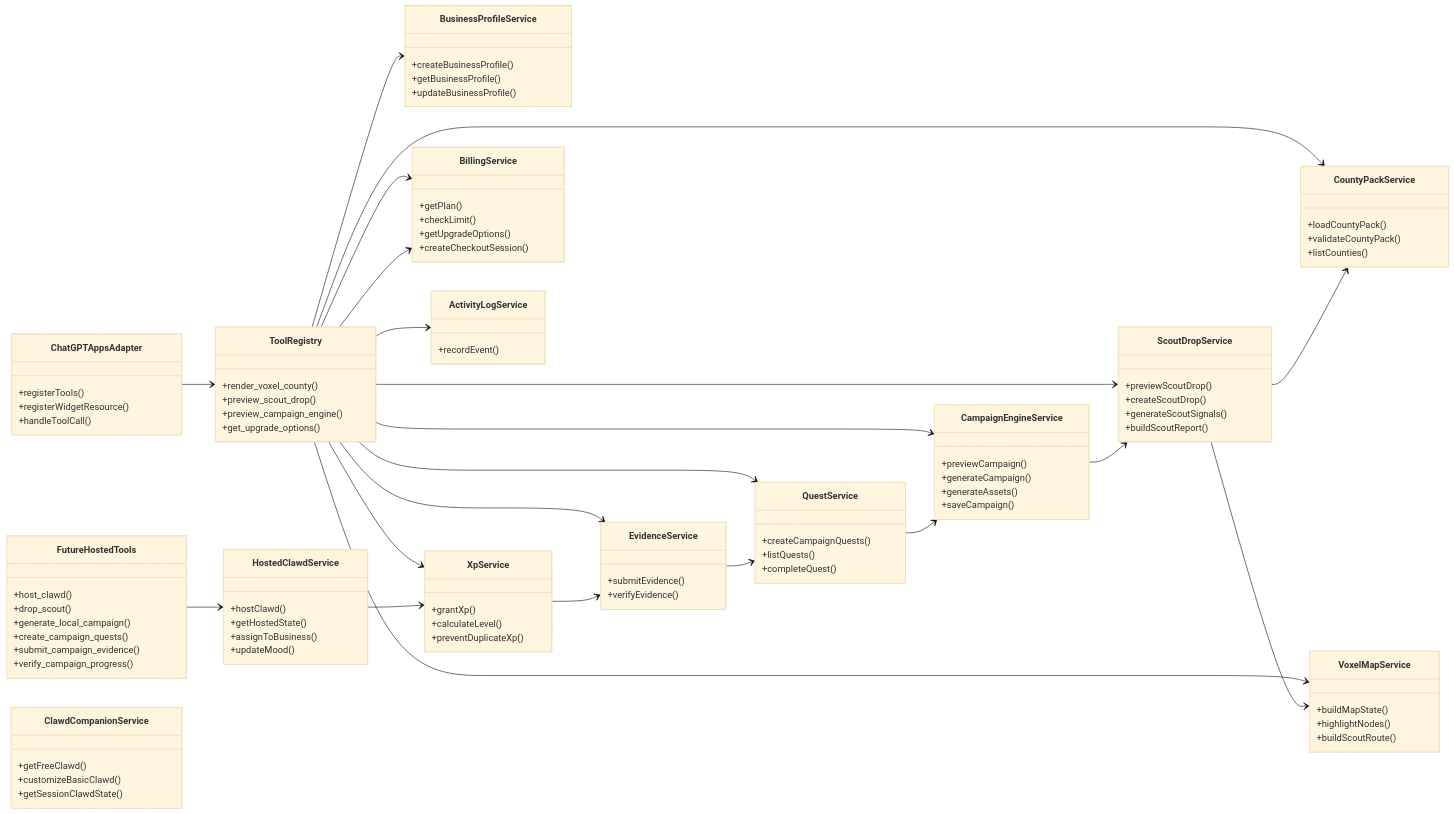
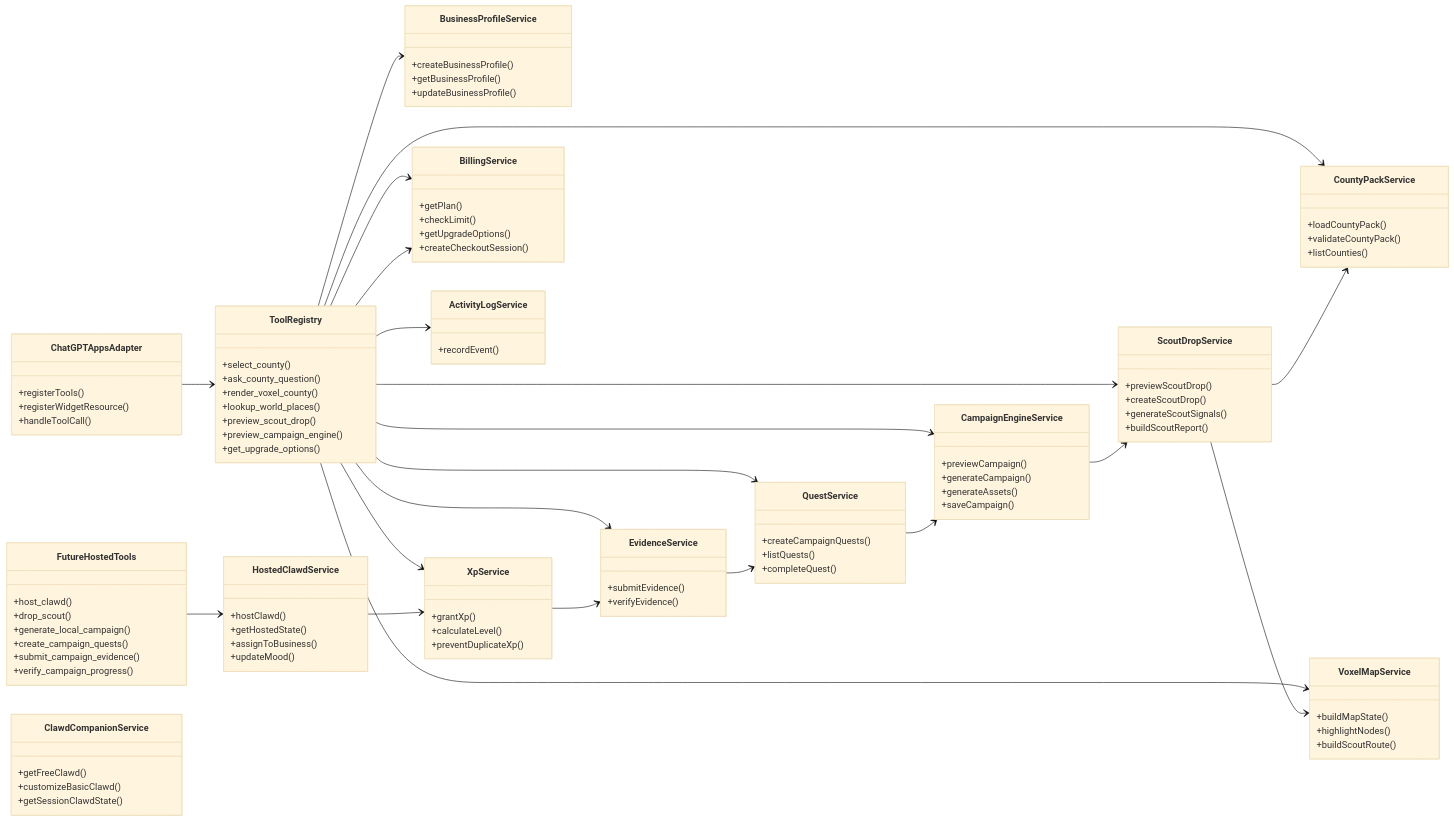
The first of 2 diagrams in docs/BACKEND_UML.md (Zwin-ux/atlas), drawn with Mermaid (base theme) before and after one commit. The commit also changed 91 other files, not shown here.

Commit message:
feat: ship Atlas county question surface

```diff
--- a/docs/BACKEND_UML.md
+++ b/docs/BACKEND_UML.md
@@ -13,7 +13,10 @@
     }
 
     class ToolRegistry {
+      +select_county()
+      +ask_county_question()
       +render_voxel_county()
+      +lookup_world_places()
       +preview_scout_drop()
       +preview_campaign_engine()
       +get_upgrade_options()
```
